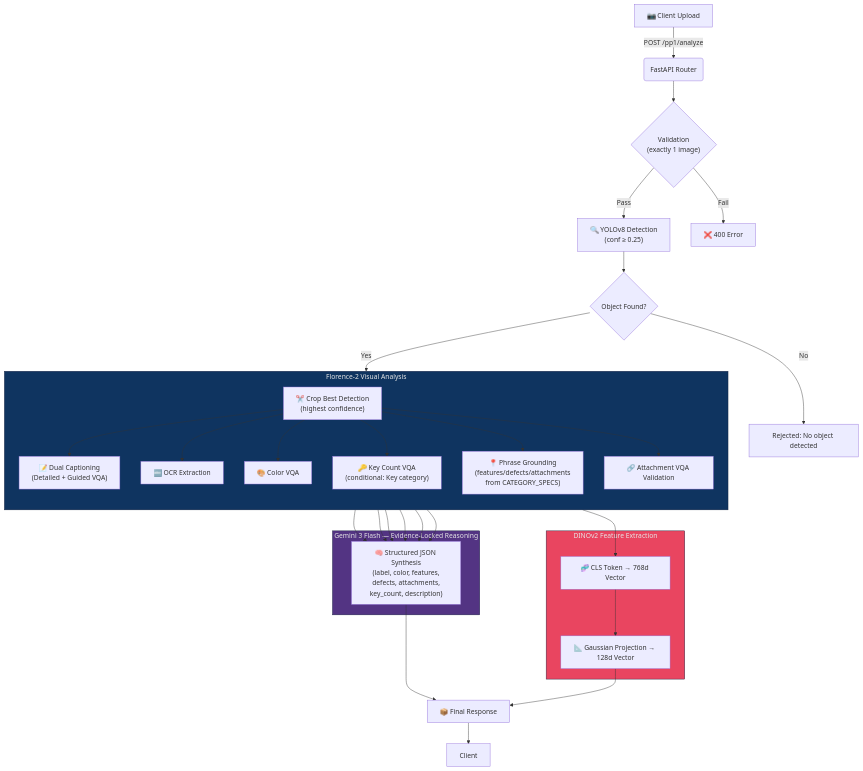
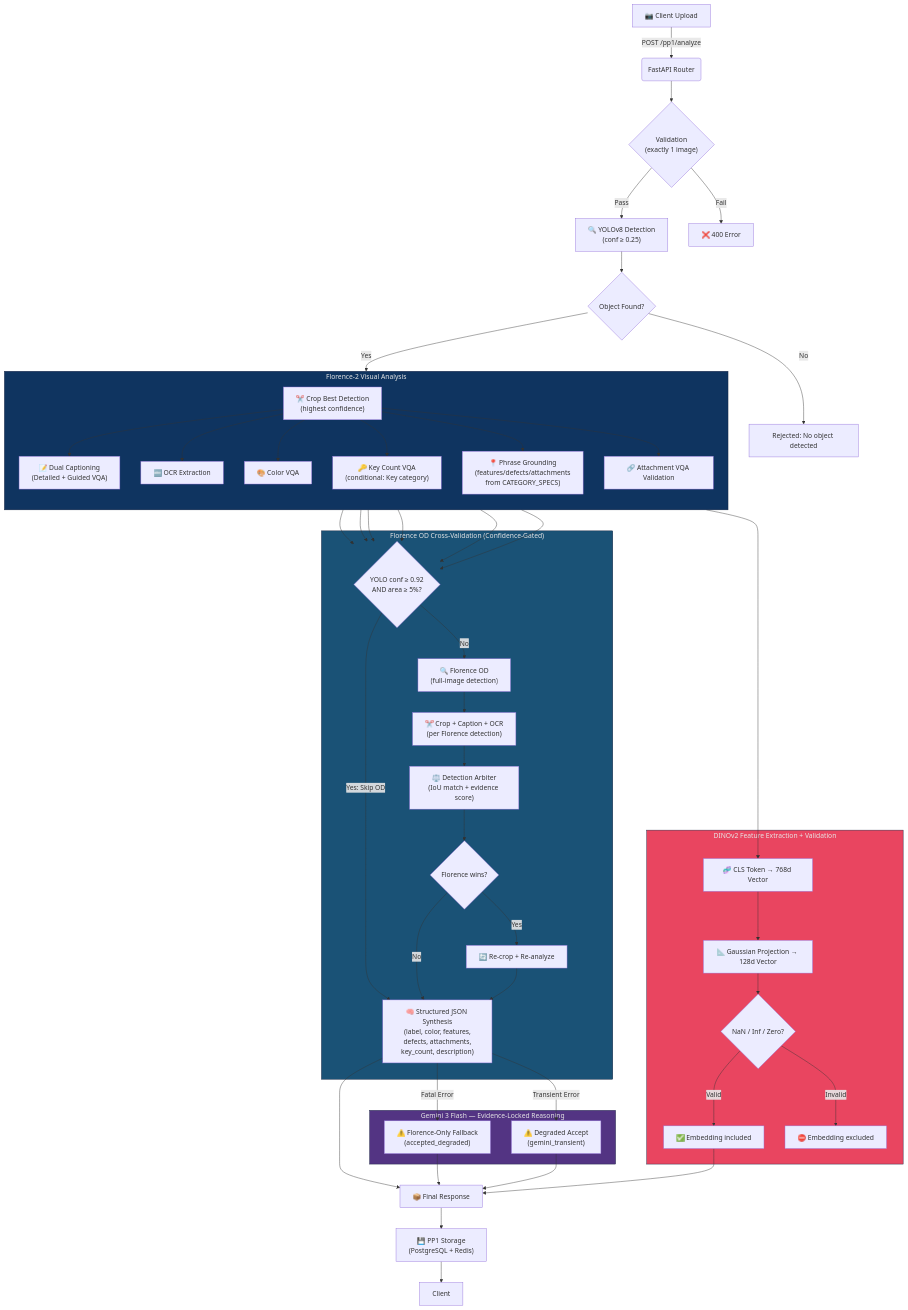
Before and after one commit to LSYDananjaya/FindAssure---Lost-Found-System---Research-Project: the second of 8 diagrams in Image-Processing-&-Object-Recognition-Pipeline/README.md, drawn with Mermaid. The commit also changed other lines of this file and 36 other files, not shown here.

````diff
--- a/Image-Processing-&-Object-Recognition-Pipeline/README.md
+++ b/Image-Processing-&-Object-Recognition-Pipeline/README.md
@@ -145,36 +151,55 @@
 ```mermaid
 graph TD
     A[📷 Client Upload] -->|"POST /pp1/analyze"| B(FastAPI Router)
     B --> C{"Validation<br/>(exactly 1 image)"}
     C -->|Pass| D["🔍 YOLOv8 Detection<br/>(conf ≥ 0.25)"]
     C -->|Fail| ERR[❌ 400 Error]
     D --> E{"Object Found?"}
     E -->|No| REJ["Rejected: No object detected"]
     E -->|Yes| F["✂️ Crop Best Detection<br/>(highest confidence)"]
     
     subgraph Florence["Florence-2 Visual Analysis"]
         direction TB
         F --> G1["📝 Dual Captioning<br/>(Detailed + Guided VQA)"]
         F --> G2["🔤 OCR Extraction"]
         F --> G3["🎨 Color VQA"]
         F --> G4["🔑 Key Count VQA<br/>(conditional: Key category)"]
         F --> G5["📍 Phrase Grounding<br/>(features/defects/attachments<br/>from CATEGORY_SPECS)"]
         F --> G6["🔗 Attachment VQA Validation"]
     end
     
+    subgraph FlorenceOD["Florence OD Cross-Validation (Confidence-Gated)"]
+        G1 & G2 & G3 & G4 & G5 & G6 --> CGATE{"YOLO conf ≥ 0.92<br/>AND area ≥ 5%?"}
+        CGATE -->|Yes: Skip OD| H
+        CGATE -->|No| FOD1["🔍 Florence OD<br/>(full-image detection)"]
+        FOD1 --> FOD2["✂️ Crop + Caption + OCR<br/>(per Florence detection)"]
+        FOD2 --> FOD3["⚖️ Detection Arbiter<br/>(IoU match + evidence score)"]
+        FOD3 --> FOD4{"Florence wins?"}
+        FOD4 -->|Yes| FOD5["🔄 Re-crop + Re-analyze"]
+        FOD4 -->|No| H
+        FOD5 --> H
+    end
+
     subgraph Gemini["Gemini 3 Flash — Evidence-Locked Reasoning"]
-        G1 & G2 & G3 & G4 & G5 & G6 --> H["🧠 Structured JSON Synthesis<br/>(label, color, features,<br/>defects, attachments,<br/>key_count, description)"]
+        H["🧠 Structured JSON Synthesis<br/>(label, color, features,<br/>defects, attachments,<br/>key_count, description)"]
+        H -->|Fatal Error| FALLBACK["⚠️ Florence-Only Fallback<br/>(accepted_degraded)"]
+        H -->|Transient Error| DEGRADE["⚠️ Degraded Accept<br/>(gemini_transient)"]
     end
     
-    subgraph Embedding["DINOv2 Feature Extraction"]
+    subgraph Embedding["DINOv2 Feature Extraction + Validation"]
         F --> J["🧬 CLS Token → 768d Vector"]
         J --> K["📐 Gaussian Projection → 128d Vector"]
+        K --> EVAL{"NaN / Inf / Zero?"}
+        EVAL -->|Valid| VOUT["✅ Embedding included"]
+        EVAL -->|Invalid| VSKIP["⛔ Embedding excluded"]
     end
     
-    H & K --> L["📦 Final Response"]
-    L --> M[Client]
+    H & FALLBACK & DEGRADE & VOUT --> L["📦 Final Response"]
+    L --> PP1STORE["💾 PP1 Storage<br/>(PostgreSQL + Redis)"]
+    PP1STORE --> M[Client]
     
     style Florence fill:#0f3460,stroke:#16213e,color:#e6e6e6
+    style FlorenceOD fill:#1a5276,stroke:#16213e,color:#e6e6e6
     style Gemini fill:#533483,stroke:#16213e,color:#e6e6e6
     style Embedding fill:#e94560,stroke:#16213e,color:#e6e6e6
 ```
````
